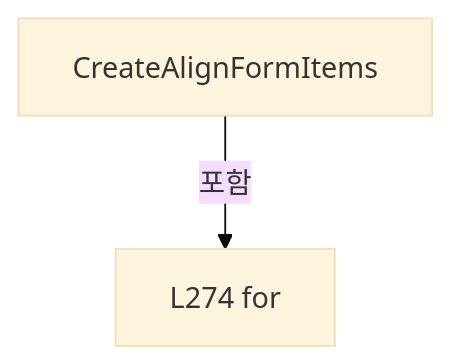
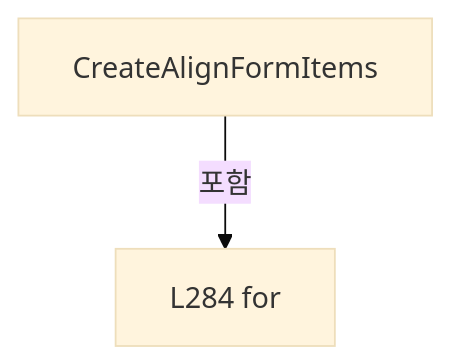
The fifth of 17 diagrams in A3 LD Code Ref/files/Drilling.File/JHMI/CSettingFile.cs.md (kjuws10-rgb/Shared), drawn with Mermaid (base theme) before and after one commit. The commit also changed other lines of this file and 2071 other files, not shown here.

Commit message:
docs(a3): update 11.19.0 architecture and code reference

````diff
--- a/A3 LD Code Ref/files/Drilling.File/JHMI/CSettingFile.cs.md
+++ b/A3 LD Code Ref/files/Drilling.File/JHMI/CSettingFile.cs.md
@@ -1225,6 +1235,6 @@
 ```mermaid
 flowchart TD
  M["CreateAlignFormItems"]
- N0["L274 for"]
+ N0["L284 for"]
  M -->|포함| N0
 ```
````
